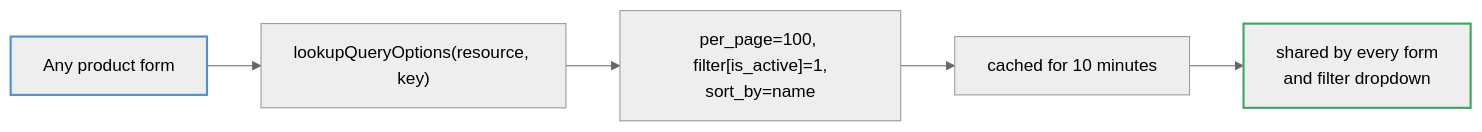
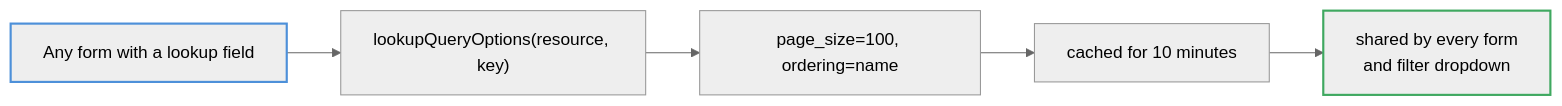
The fourth of 5 diagrams in docs/diagrams/data-fetching.md (TGCTZ/TGC-SERVICE-FRONTEND), drawn with Mermaid (neutral theme) before and after one commit. The commit also changed other lines of this file and 18 other files, not shown here.

````diff
--- a/docs/diagrams/data-fetching.md
+++ b/docs/diagrams/data-fetching.md
@@ -83,10 +83,10 @@
 ```mermaid
 flowchart LR
-    FORM["Any product form"] --> LOOK["lookupQueryOptions(resource, key)"]
-    LOOK --> ONCE["per_page=100, filter[is_active]=1,<br/>sort_by=name"]
+    FORM["Any form with a lookup field"] --> LOOK["lookupQueryOptions(resource, key)"]
+    LOOK --> ONCE["page_size=100, ordering=name"]
     ONCE --> CACHE10["cached for 10 minutes"]
     CACHE10 --> SHARED["shared by every form<br/>and filter dropdown"]
 
     style FORM stroke:#4d90d9,stroke-width:2px
     style SHARED stroke:#3fa860,stroke-width:2px
 ```
````
